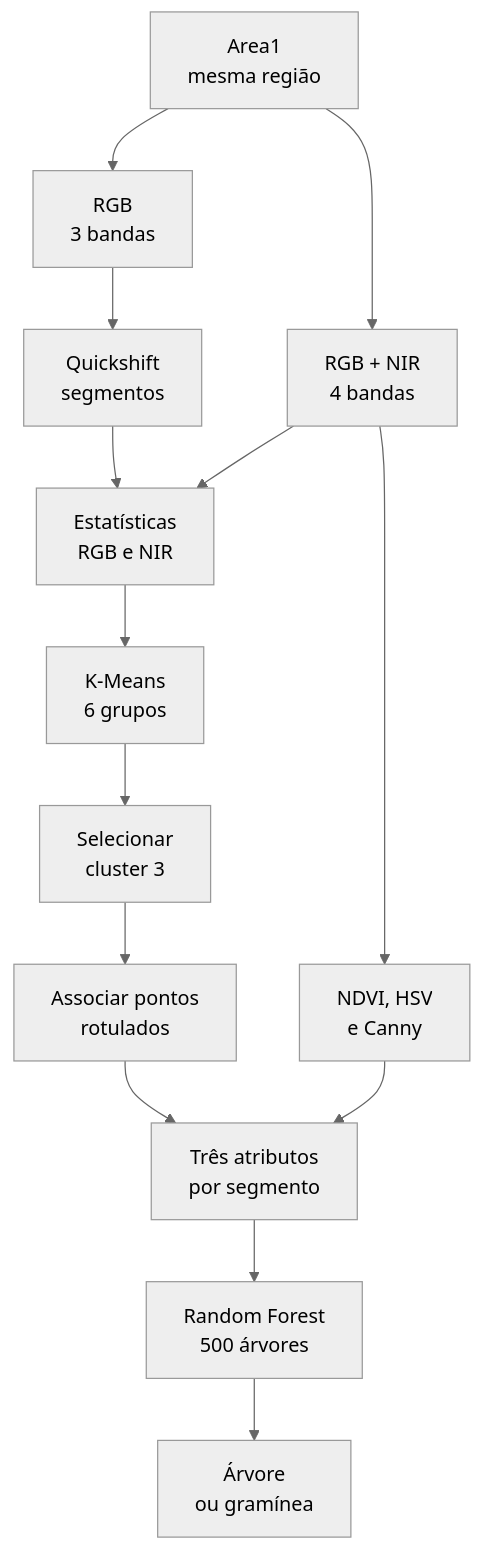
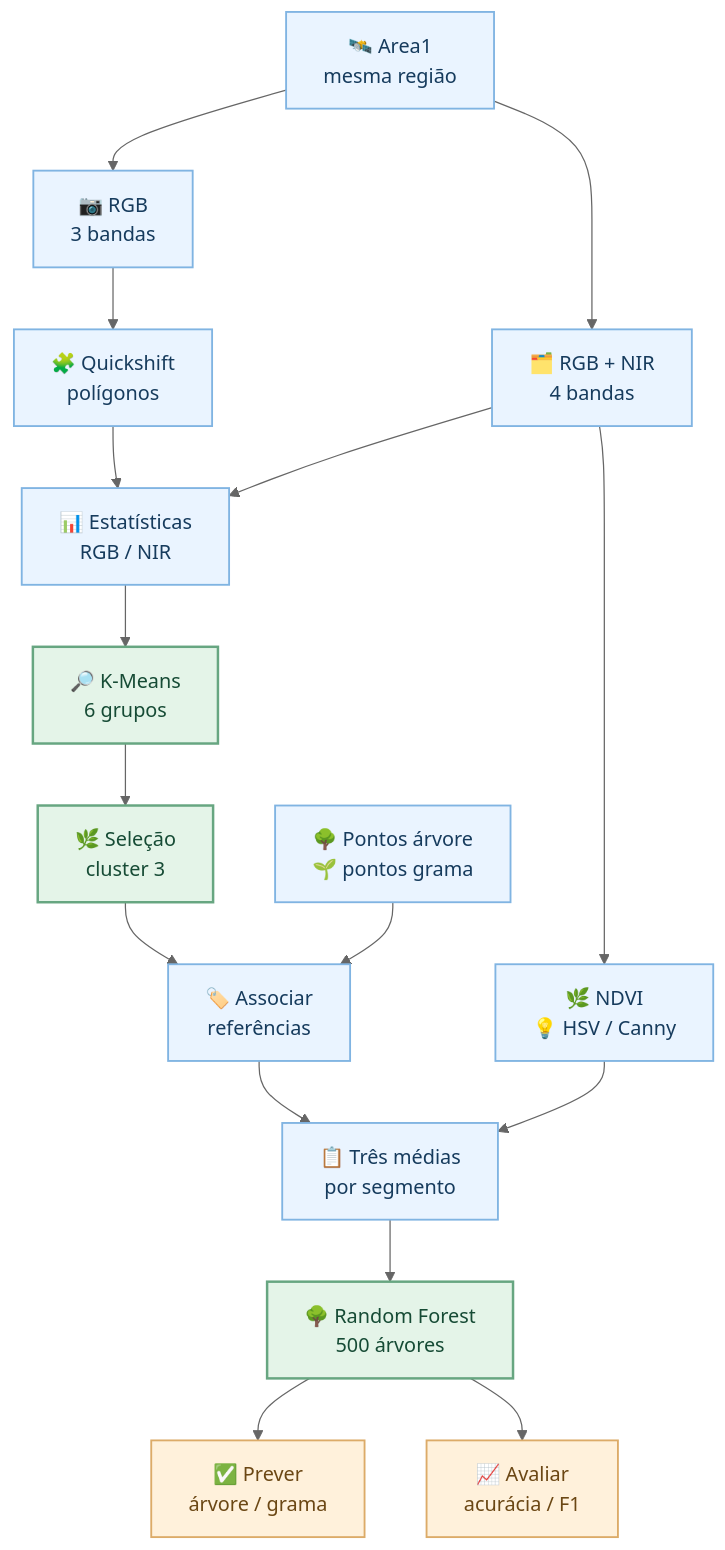
One commit to BrenoBragaGalvao/mestrado-arvores-urbanas changed the first of 2 diagrams in README.md. Above: the diagram before and after it, drawn with Mermaid (neutral theme). The commit also changed other lines of this file, not shown here.

````diff
--- a/README.md
+++ b/README.md
@@ -46,16 +57,25 @@
 ```mermaid
 flowchart TD
-    A["Area1<br/>mesma região"] --> B["RGB<br/>3 bandas"]
-    A --> C["RGB + NIR<br/>4 bandas"]
-    B --> D["Quickshift<br/>segmentos"]
-    D --> E["Estatísticas<br/>RGB e NIR"]
+    A["🛰️ Area1<br/>mesma região"] --> B["📷 RGB<br/>3 bandas"]
+    A --> C["🗂️ RGB + NIR<br/>4 bandas"]
+    B --> D["🧩 Quickshift<br/>polígonos"]
+    D --> E["📊 Estatísticas<br/>RGB / NIR"]
     C --> E
-    E --> F["K-Means<br/>6 grupos"]
-    F --> G["Selecionar<br/>cluster 3"]
-    G --> H["Associar pontos<br/>rotulados"]
-    C --> I["NDVI, HSV<br/>e Canny"]
-    H --> J["Três atributos<br/>por segmento"]
-    I --> J
-    J --> K["Random Forest<br/>500 árvores"]
-    K --> L["Árvore<br/>ou gramínea"]
+    E --> F["🔎 K-Means<br/>6 grupos"]
+    F --> G["🌿 Seleção<br/>cluster 3"]
+    G --> H["🏷️ Associar<br/>referências"]
+    P["🌳 Pontos árvore<br/>🌱 pontos grama"] --> H
+    C --> I["🌿 NDVI<br/>💡 HSV / Canny"]
+    I --> J["📋 Três médias<br/>por segmento"]
+    H --> J
+    J --> K["🌳 Random Forest<br/>500 árvores"]
+    K --> L["✅ Prever<br/>árvore / grama"]
+    K --> M["📈 Avaliar<br/>acurácia / F1"]
+
+    classDef dados fill:#eaf4ff,stroke:#80b4e2,color:#163b5d,stroke-width:1.5px;
+    classDef processamento fill:#e4f4e8,stroke:#67a681,color:#164b35,stroke-width:2px;
+    classDef resultados fill:#fff1db,stroke:#dcab68,color:#6b4714,stroke-width:1.5px;
+    class A,B,C,D,E,P,H,I,J dados;
+    class F,G,K processamento;
+    class L,M resultados;
 ```
````
